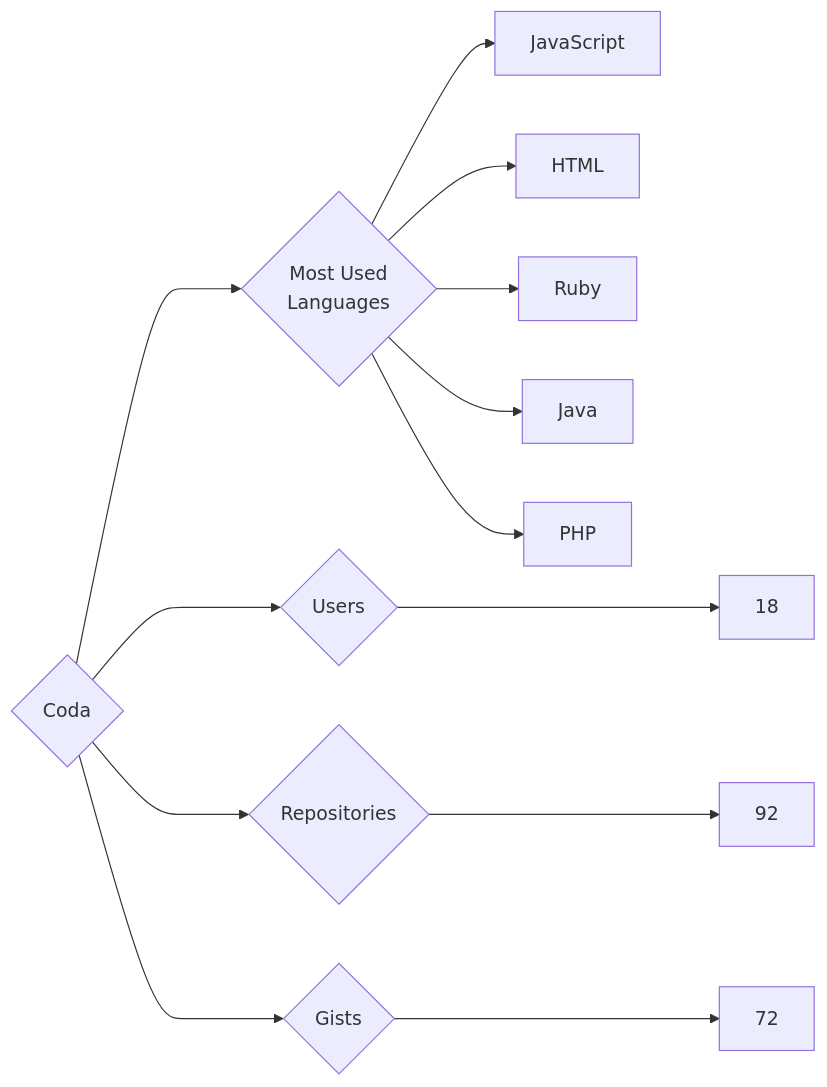
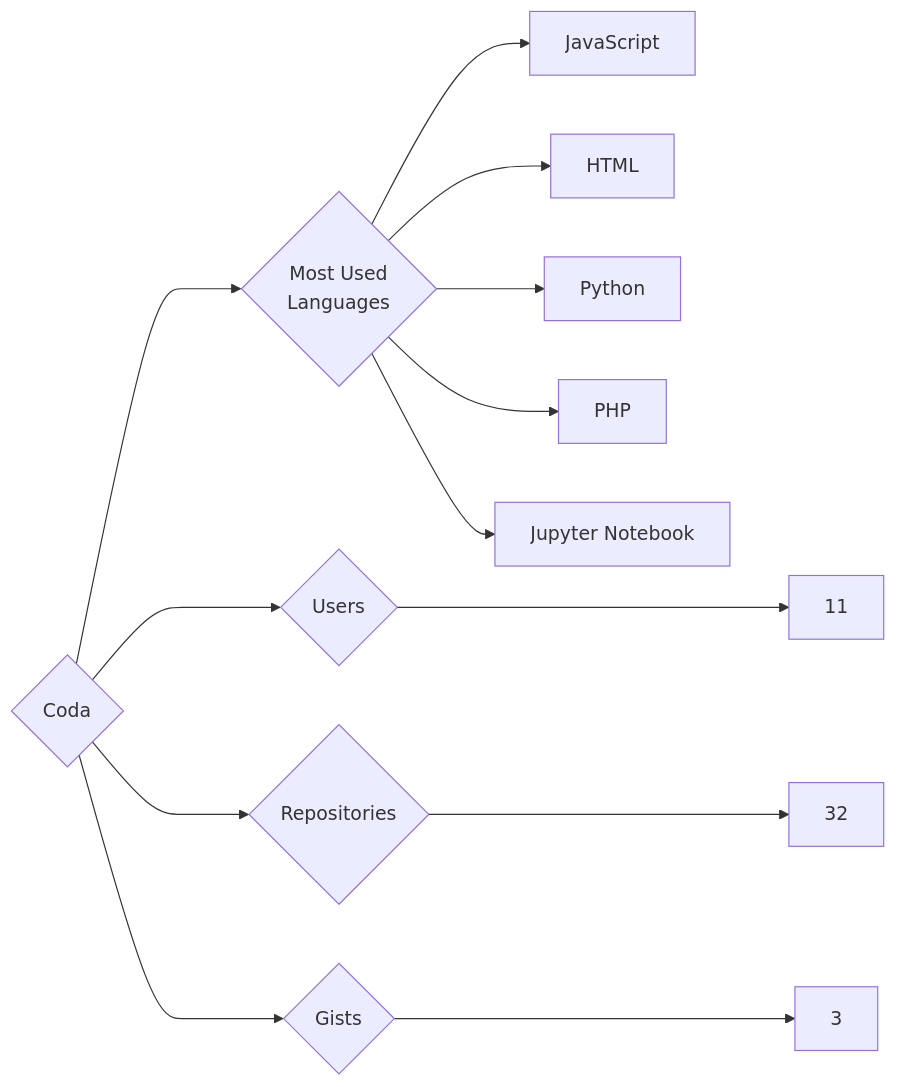
The diagram in targets/Coda/README.md (trickest/insiders), drawn with Mermaid before and after one commit. The commit also changed 872 other files, not shown here.

````diff
--- a/targets/Coda/README.md
+++ b/targets/Coda/README.md
@@ -3,13 +3,13 @@
 ```mermaid
 graph LR
 COMPANY_NAME{Coda}
-COMPANY_NAME ---> U{Users} ---> UN[18]
-COMPANY_NAME ---> R{Repositories} ---> RN[92]
-COMPANY_NAME ---> G{Gists} ---> GN[72]
+COMPANY_NAME ---> U{Users} ---> UN[11]
+COMPANY_NAME ---> R{Repositories} ---> RN[32]
+COMPANY_NAME ---> G{Gists} ---> GN[3]
 COMPANY_NAME ---> ML{Most Used<br>Languages}
 ML --> JavaScript[JavaScript]
 ML --> HTML[HTML]
-ML --> Ruby[Ruby]
-ML --> Java[Java]
+ML --> Python[Python]
 ML --> PHP[PHP]
+ML --> Jupyter_Notebook[Jupyter Notebook]
 ```
````
